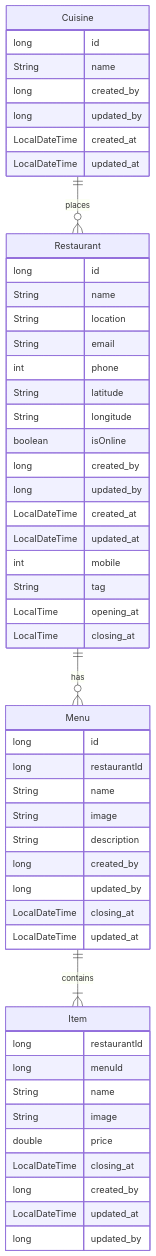
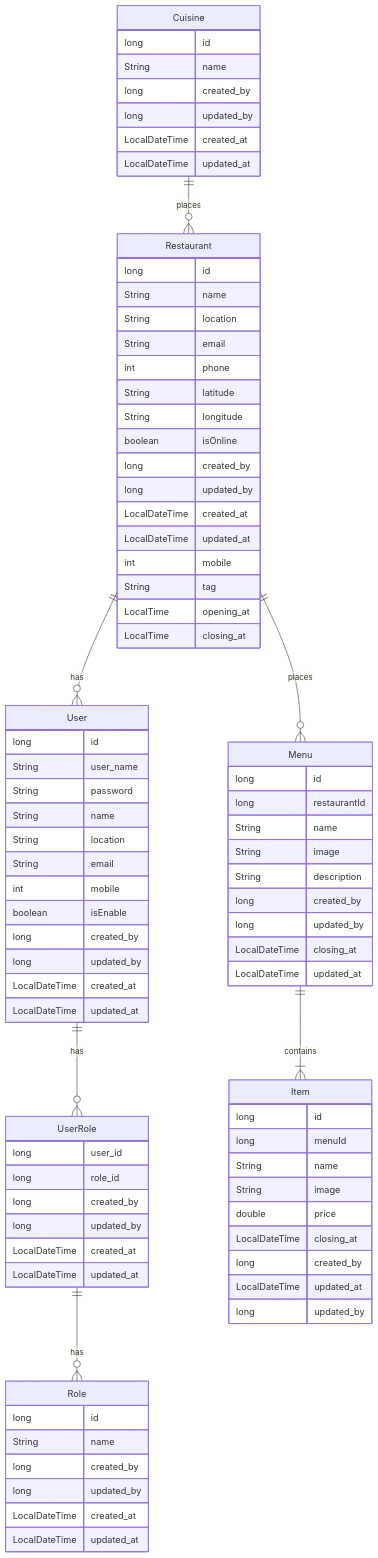
The diagram in doc/entity relationship diagram (ERD)/entity relationship diagram (ERD).md (abdoalshaibi/G4TBRestaurantService), drawn with Mermaid before and after one commit. The commit also changed 1 other file, not shown here.

Commit message:
update erd diagram

```diff
--- a/doc/entity relationship diagram (ERD)/entity relationship diagram (ERD).md
+++ b/doc/entity relationship diagram (ERD)/entity relationship diagram (ERD).md
@@ -10,7 +10,8 @@
         LocalDateTime updated_at
     }
     
-    Restaurant ||--o{ Menu : has 
+    Restaurant ||--o{ Menu : places 
+    Restaurant ||--o{ User : has 
     Restaurant {
         long id
         String name
@@ -29,6 +30,41 @@
         LocalTime opening_at
         LocalTime closing_at
     }
+
+    User ||--o{ UserRole : has 
+    User {
+        long id
+        String user_name
+        String password
+        String name
+        String location
+        String email
+        int mobile
+        boolean isEnable
+        long created_by
+        long updated_by
+        LocalDateTime created_at 
+        LocalDateTime updated_at
+    }
+     UserRole ||--o{ Role : has 
+     UserRole {
+        long user_id
+        long role_id
+        long created_by
+        long updated_by
+        LocalDateTime created_at 
+        LocalDateTime updated_at
+    }
+
+    Role {
+        long id
+        String name
+        long created_by
+        long updated_by
+        LocalDateTime created_at 
+        LocalDateTime updated_at
+    }
+
     Menu ||--|{ Item : contains
     Menu {
      long id
@@ -42,7 +78,7 @@
      LocalDateTime updated_at
     }
     Item {
-     long restaurantId
+     long id
      long menuId
      String name
      String image
```
